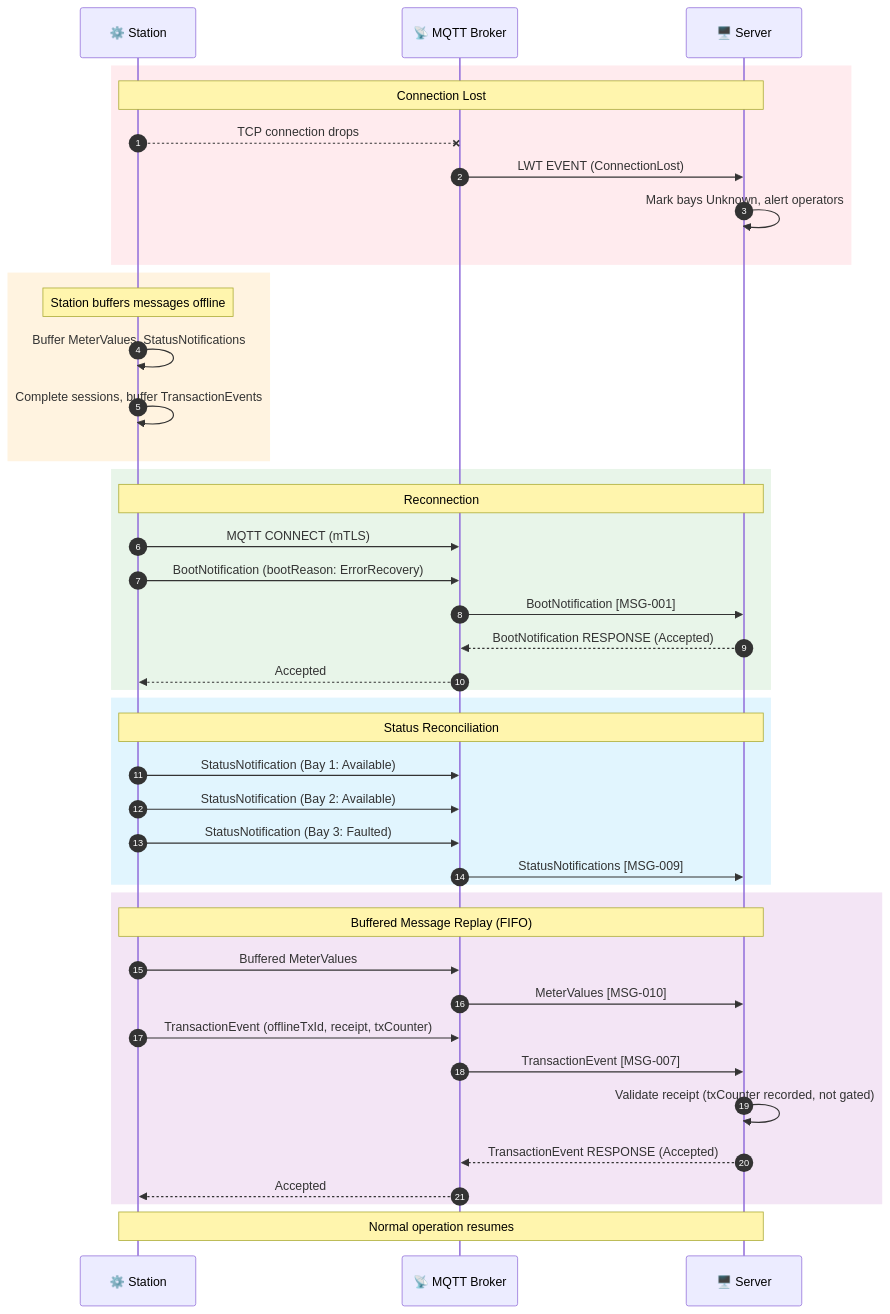
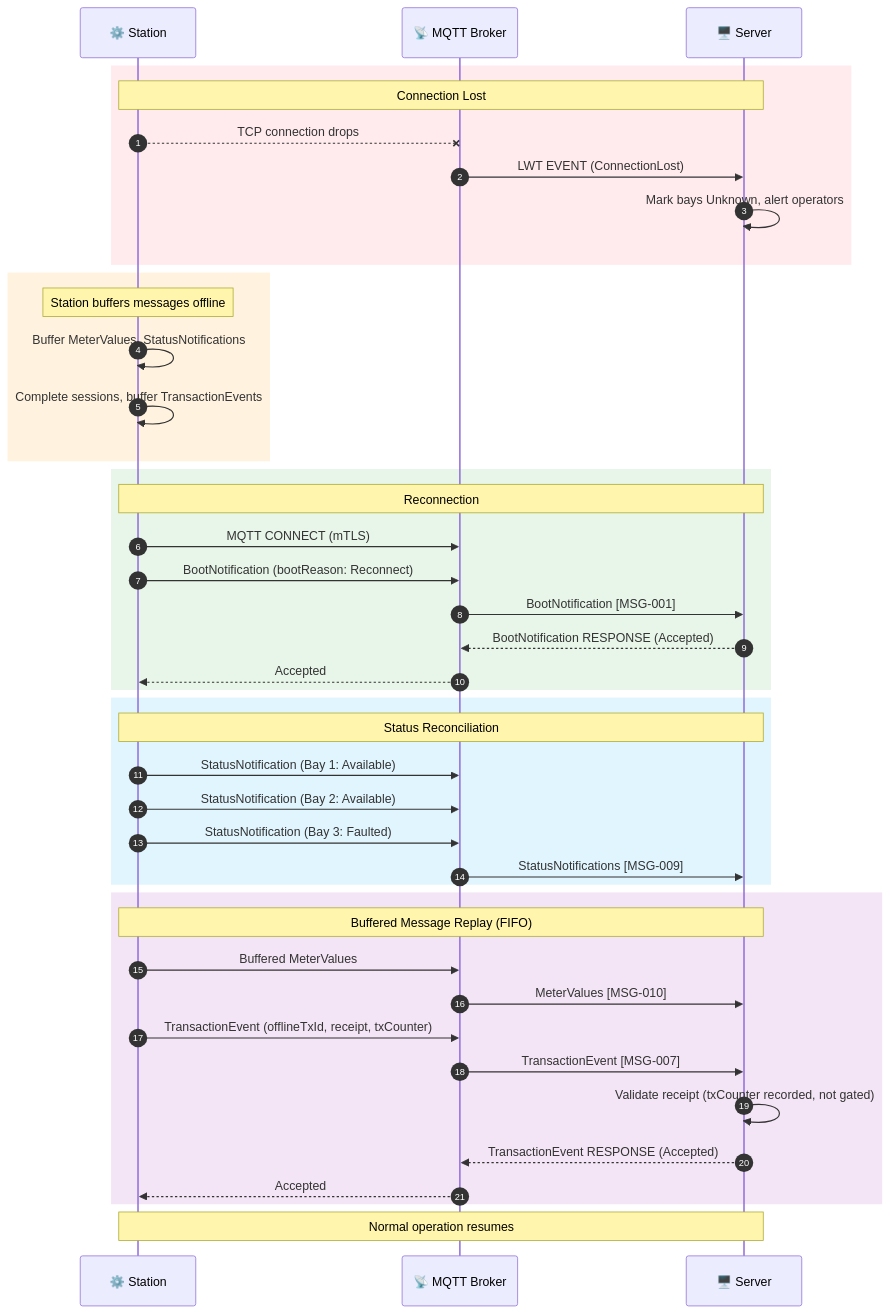
Before and after one commit to ospp-org/spec: the seventh of 7 diagrams in diagrams/README.md, drawn with Mermaid. The commit also changed 10 other files, not shown here.

````diff
--- a/diagrams/README.md
+++ b/diagrams/README.md
@@ -284,51 +284,51 @@
 ```mermaid
 sequenceDiagram
     autonumber
 
     participant Station as ⚙️ Station
     participant Broker as 📡 MQTT Broker
     participant Server as 🖥️ Server
 
     rect rgb(255, 235, 238)
         Note over Station,Server: Connection Lost
         Station--xBroker: TCP connection drops
         Broker->>Server: LWT EVENT (ConnectionLost)
         Server->>Server: Mark bays Unknown, alert operators
     end
 
     rect rgb(255, 243, 224)
         Note over Station: Station buffers messages offline
         Station->>Station: Buffer MeterValues, StatusNotifications
         Station->>Station: Complete sessions, buffer TransactionEvents
     end
 
     rect rgb(232, 245, 233)
         Note over Station,Server: Reconnection
         Station->>Broker: MQTT CONNECT (mTLS)
-        Station->>Broker: BootNotification (bootReason: ErrorRecovery)
+        Station->>Broker: BootNotification (bootReason: Reconnect)
         Broker->>Server: BootNotification [MSG-001]
         Server-->>Broker: BootNotification RESPONSE (Accepted)
         Broker-->>Station: Accepted
     end
 
     rect rgb(225, 245, 254)
         Note over Station,Server: Status Reconciliation
         Station->>Broker: StatusNotification (Bay 1: Available)
         Station->>Broker: StatusNotification (Bay 2: Available)
         Station->>Broker: StatusNotification (Bay 3: Faulted)
         Broker->>Server: StatusNotifications [MSG-009]
     end
 
     rect rgb(243, 229, 245)
         Note over Station,Server: Buffered Message Replay (FIFO)
         Station->>Broker: Buffered MeterValues
         Broker->>Server: MeterValues [MSG-010]
         Station->>Broker: TransactionEvent (offlineTxId, receipt, txCounter)
         Broker->>Server: TransactionEvent [MSG-007]
         Server->>Server: Validate receipt (txCounter recorded, not gated)
         Server-->>Broker: TransactionEvent RESPONSE (Accepted)
         Broker-->>Station: Accepted
     end
 
     Note over Station,Server: Normal operation resumes
 ```
````
